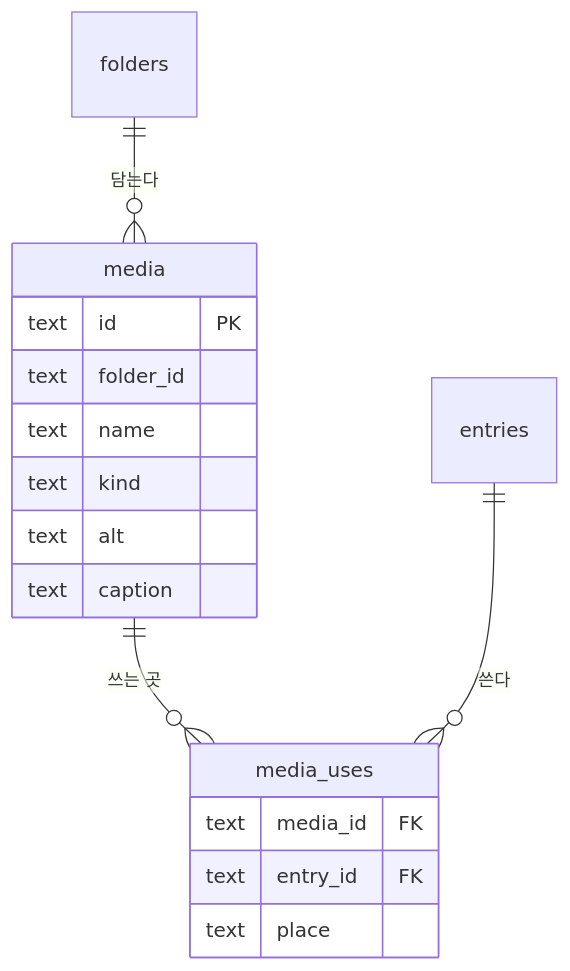
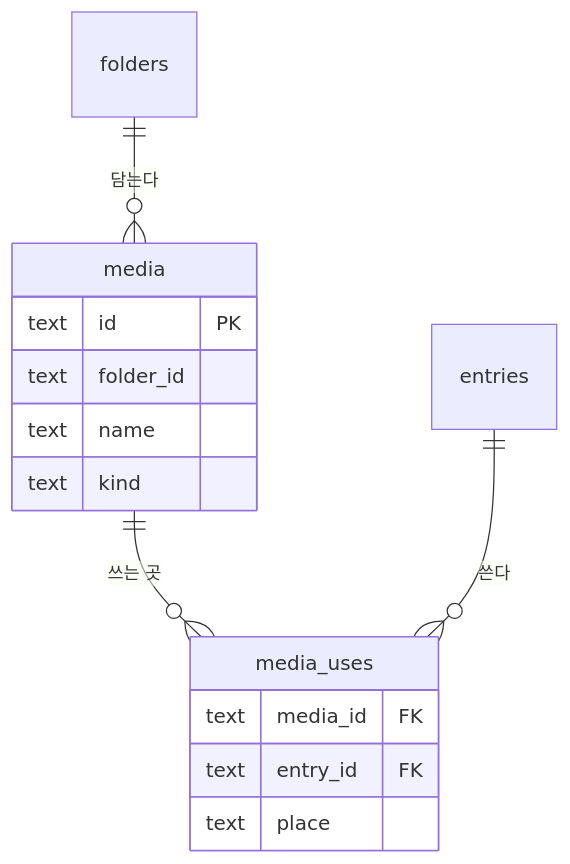
One commit to monti-cms/monti changed the first of 2 diagrams in docs/design/features/09-media.md. Above: the diagram before and after it, drawn with Mermaid. The commit also changed other lines of this file and 6 other files, not shown here.

````diff
--- a/docs/design/features/09-media.md
+++ b/docs/design/features/09-media.md
@@ -49,19 +48,17 @@
 ```mermaid
 erDiagram
   media ||--o{ media_uses : "쓰는 곳"
   entries ||--o{ media_uses : "쓴다"
   folders ||--o{ media : "담는다"
   media {
     text id PK
     text folder_id
     text name
     text kind
-    text alt
-    text caption
   }
   media_uses {
     text media_id FK
     text entry_id FK
     text place
   }
 ```
````
